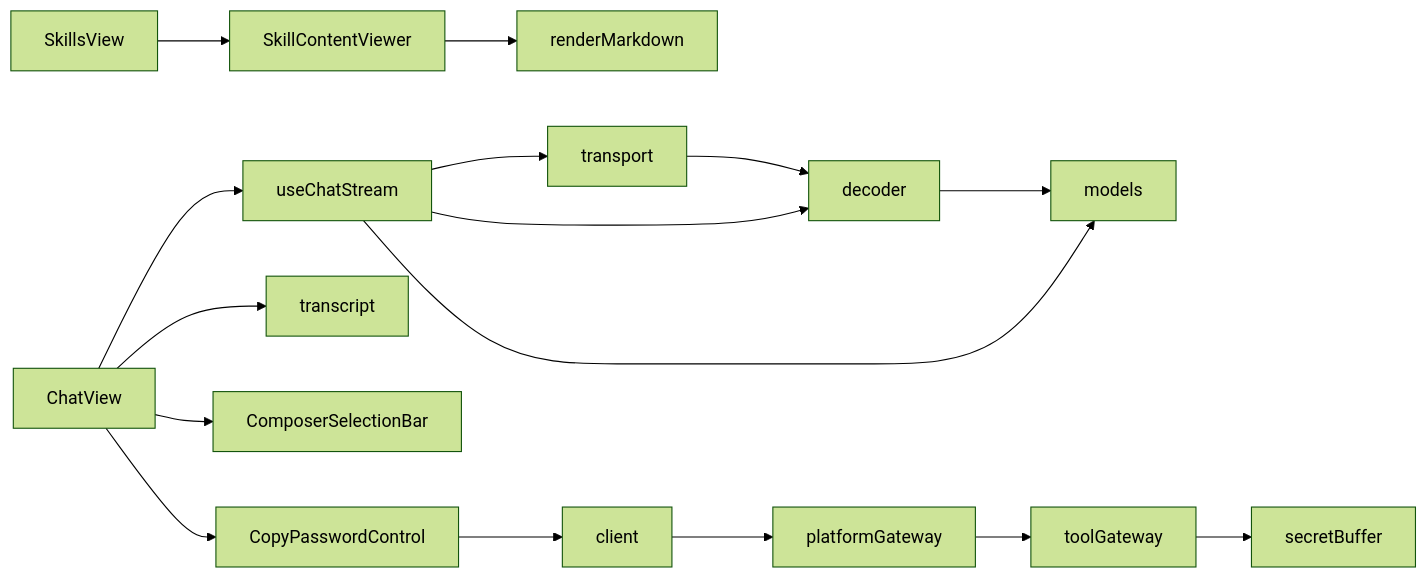
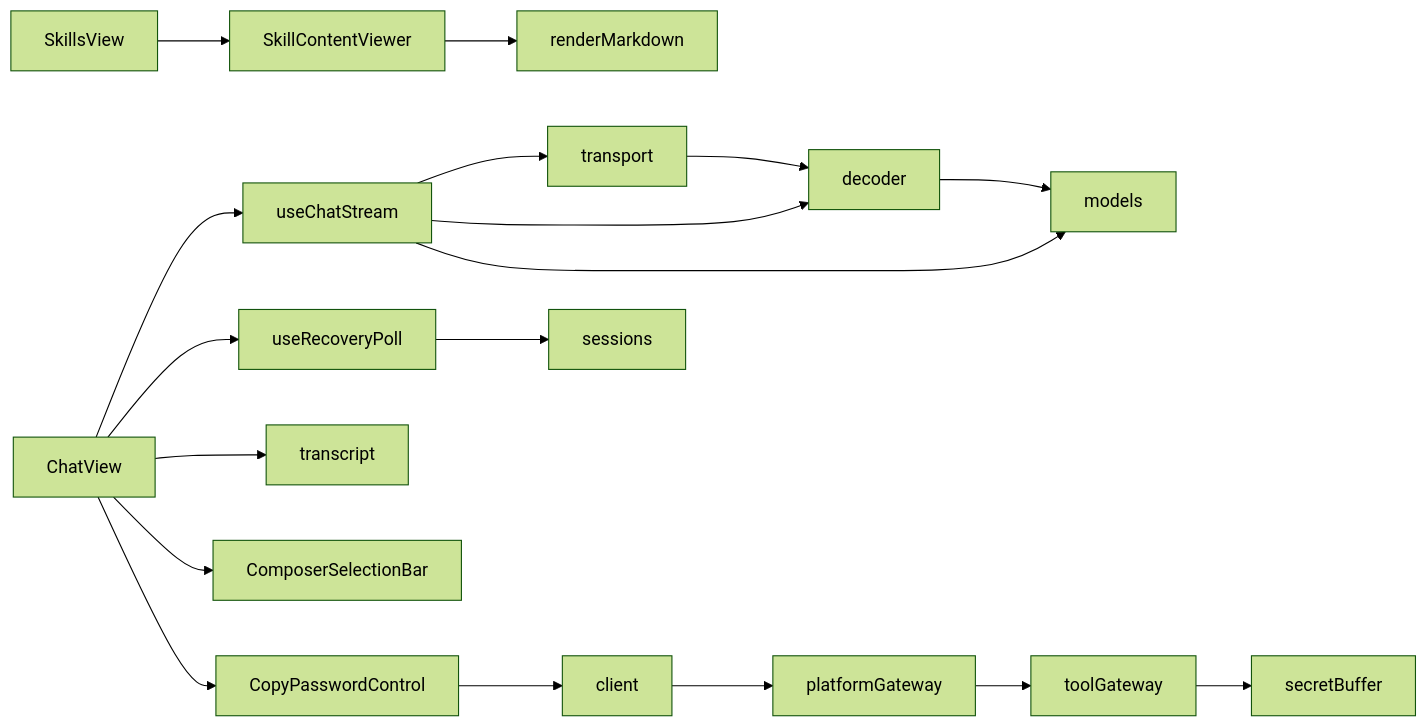
One commit to metasync/luban-aiops changed diagram 11 of 11 in .qoder/repowiki/en/content/Operator Portal/Chat Interface/Chat Interface.md. Above: the diagram before and after it, drawn with Mermaid (forest theme). The commit also changed other lines of this file and 19 other files, not shown here.

````diff
--- a/.qoder/repowiki/en/content/Operator Portal/Chat Interface/Chat Interface.md
+++ b/.qoder/repowiki/en/content/Operator Portal/Chat Interface/Chat Interface.md
@@ -490,18 +645,20 @@
 ```mermaid
 graph LR
 ChatView --> useChatStream
+ChatView --> useRecoveryPoll
 ChatView --> transcript
 ChatView --> ComposerSelectionBar
 ChatView --> CopyPasswordControl
 useChatStream --> transport
 useChatStream --> decoder
 useChatStream --> models
+useRecoveryPoll --> sessions
 SkillContentViewer --> renderMarkdown
 SkillsView --> SkillContentViewer
 transport --> decoder
 decoder --> models
 CopyPasswordControl --> client
 client --> platformGateway
 platformGateway --> toolGateway
 toolGateway --> secretBuffer
 ```
````
